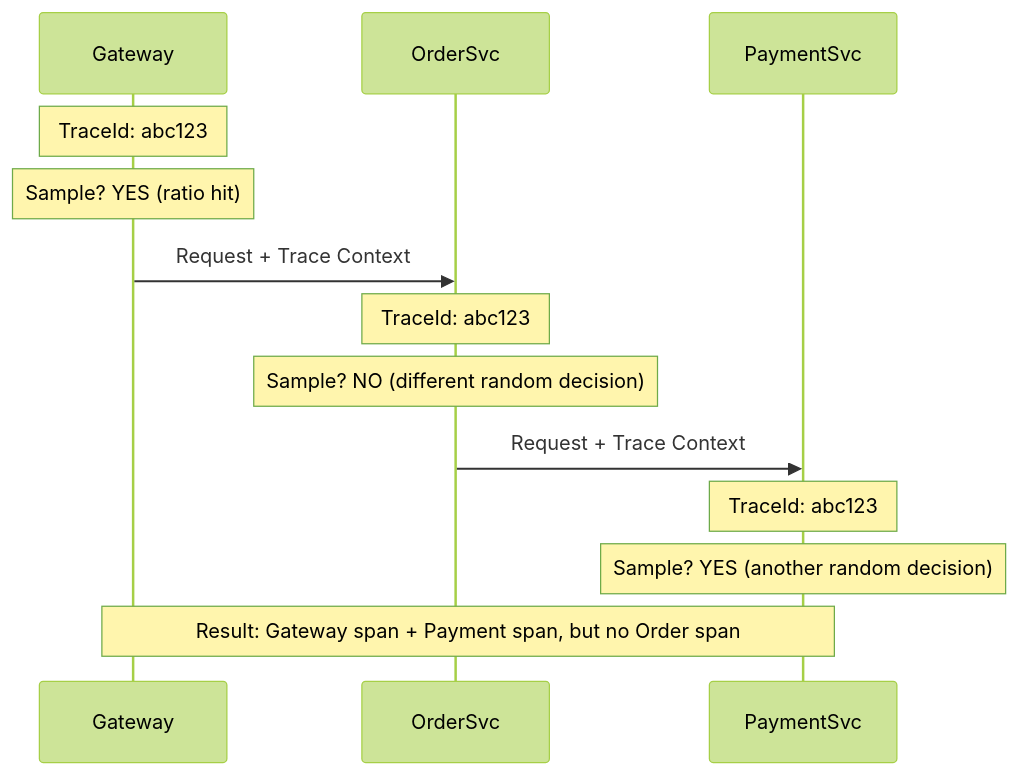
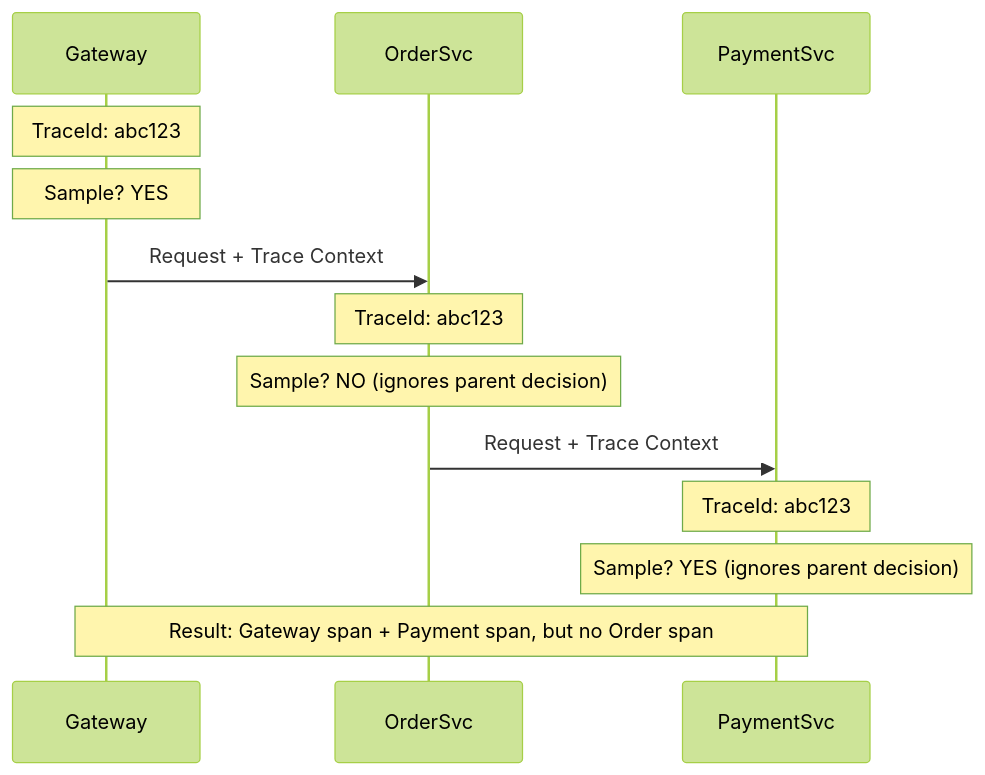
Before and after one commit to OneUptime/blog: the first of 2 diagrams in posts/2026-02-06-consistent-probability-sampling-across-services/README.md, drawn with Mermaid (forest theme). The commit also changed other lines of this file and 2 other files, not shown here.

````diff
--- a/posts/2026-02-06-consistent-probability-sampling-across-services/README.md
+++ b/posts/2026-02-06-consistent-probability-sampling-across-services/README.md
@@ -23,17 +23,17 @@
 ```mermaid
 sequenceDiagram
     participant Gateway
     participant OrderSvc
     participant PaymentSvc
 
     Note over Gateway: TraceId: abc123
-    Note over Gateway: Sample? YES (ratio hit)
+    Note over Gateway: Sample? YES
     Gateway->>OrderSvc: Request + Trace Context
     Note over OrderSvc: TraceId: abc123
-    Note over OrderSvc: Sample? NO (different random decision)
+    Note over OrderSvc: Sample? NO (ignores parent decision)
     OrderSvc->>PaymentSvc: Request + Trace Context
     Note over PaymentSvc: TraceId: abc123
-    Note over PaymentSvc: Sample? YES (another random decision)
+    Note over PaymentSvc: Sample? YES (ignores parent decision)
 
     Note over Gateway,PaymentSvc: Result: Gateway span + Payment span, but no Order span
 ```
````
